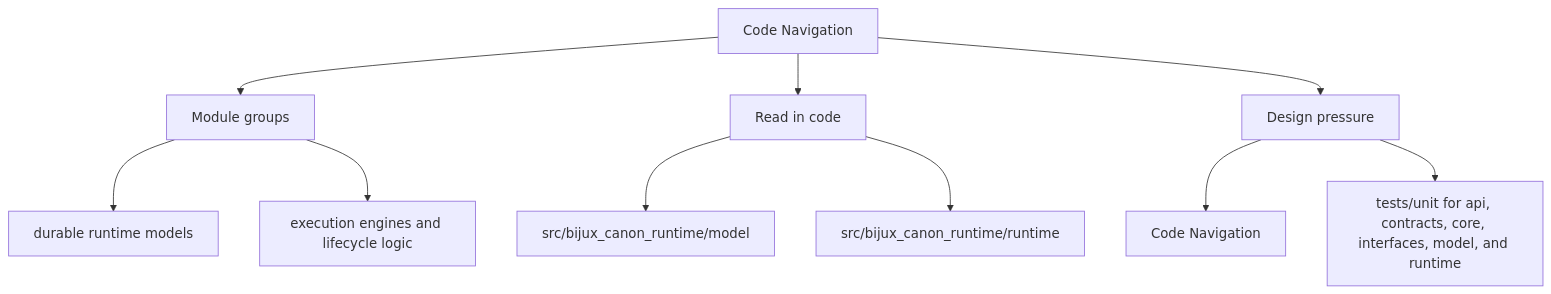
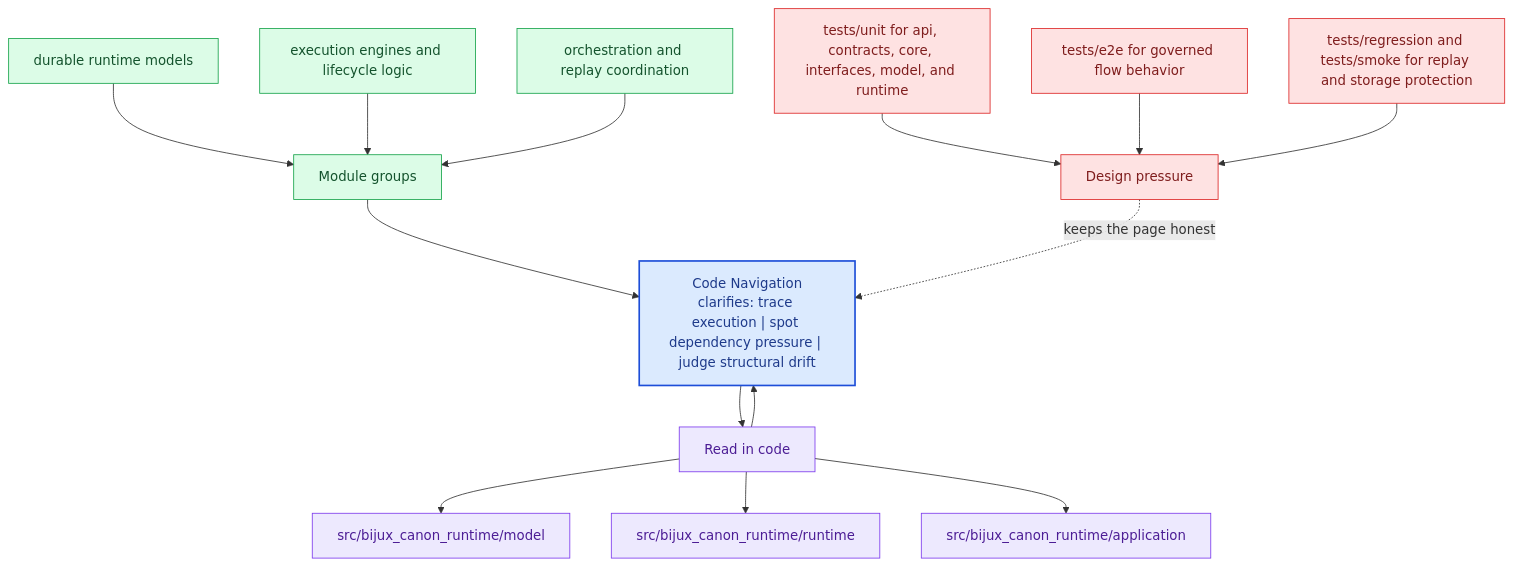
The second of 2 diagrams in docs/bijux-canon-runtime/architecture/code-navigation.md (bijux/bijux-canon), drawn with Mermaid before and after one commit. The commit also changed other lines of this file and 281 other files, not shown here.

Commit message:
docs(diagrams): deepen handbook mermaid maps across the catalog

````diff
--- a/docs/bijux-canon-runtime/architecture/code-navigation.md
+++ b/docs/bijux-canon-runtime/architecture/code-navigation.md
@@ -33,22 +66,40 @@
 ```mermaid
-flowchart TD
-    page["Code Navigation"]
+flowchart TB
+    promise["Code Navigation<br/>clarifies: trace execution | spot dependency pressure | judge structural drift"]
+    classDef promise fill:#dbeafe,stroke:#1d4ed8,color:#1e3a8a,stroke-width:2px;
+    classDef driver fill:#dcfce7,stroke:#16a34a,color:#14532d;
+    classDef constraint fill:#fee2e2,stroke:#dc2626,color:#7f1d1d;
+    classDef ground fill:#ede9fe,stroke:#7c3aed,color:#4c1d95;
     focus1["Module groups"]
-    page --> focus1
+    focus1 --> promise
     focus1_1["durable runtime models"]
-    focus1 --> focus1_1
+    focus1_1 --> focus1
     focus1_2["execution engines and lifecycle logic"]
-    focus1 --> focus1_2
+    focus1_2 --> focus1
+    focus1_3["orchestration and replay coordination"]
+    focus1_3 --> focus1
+    class focus1 driver;
+    class focus1_1,focus1_2,focus1_3 driver;
     focus2["Read in code"]
-    page --> focus2
+    focus2 --> promise
+    promise --> focus2
     focus2_1["src/bijux_canon_runtime/model"]
     focus2 --> focus2_1
     focus2_2["src/bijux_canon_runtime/runtime"]
     focus2 --> focus2_2
+    focus2_3["src/bijux_canon_runtime/application"]
+    focus2 --> focus2_3
+    class focus2 ground;
+    class focus2_1,focus2_2,focus2_3 ground;
     focus3["Design pressure"]
-    page --> focus3
-    focus3_1["Code Navigation"]
-    focus3 --> focus3_1
-    focus3_2["tests/unit for api, contracts, core, interfaces, model, and runtime"]
-    focus3 --> focus3_2
+    focus3 -.keeps the page honest.-> promise
+    focus3_1["tests/unit for api, contracts, core, interfaces, model, and runtime"]
+    focus3_1 --> focus3
+    focus3_2["tests/e2e for governed flow behavior"]
+    focus3_2 --> focus3
+    focus3_3["tests/regression and tests/smoke for replay and storage protection"]
+    focus3_3 --> focus3
+    class focus3 constraint;
+    class focus3_1,focus3_2,focus3_3 constraint;
+    class promise promise;
 ```
````
